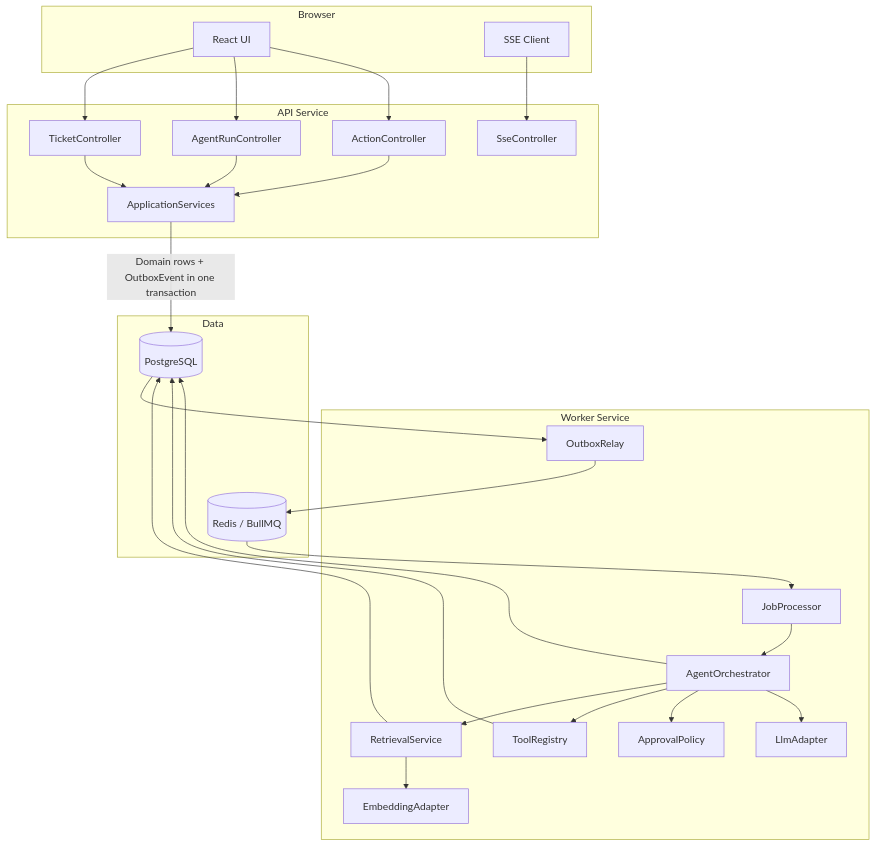
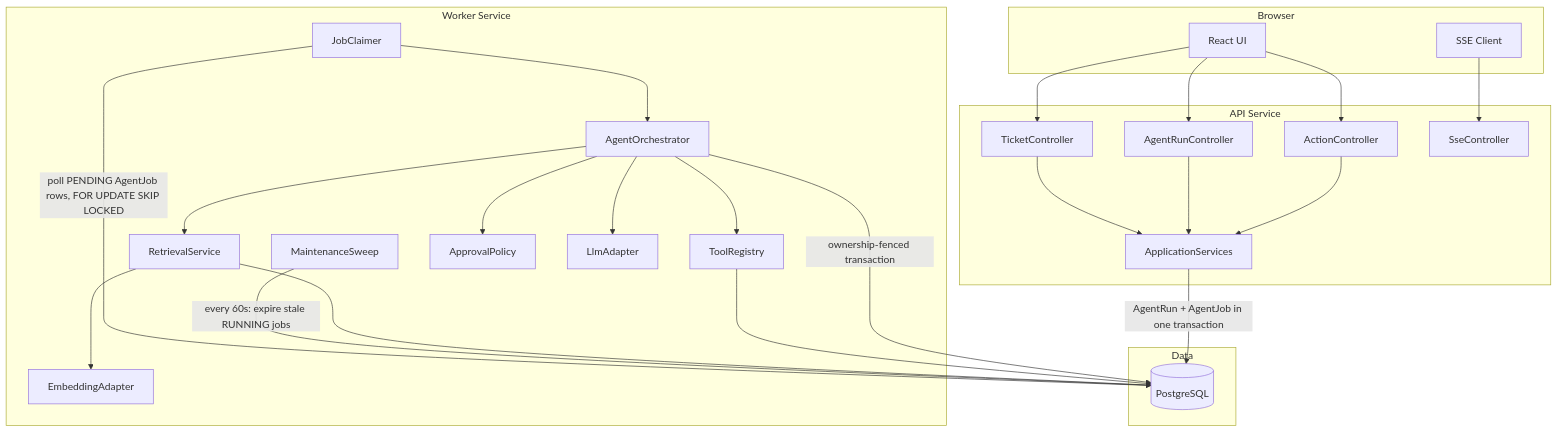
Before and after one commit to wye-ts/opspilot: the second of 10 diagrams in docs/03-technical-design.md, drawn with Mermaid. The commit also changed other lines of this file and 4 other files, not shown here.

````diff
--- a/docs/03-technical-design.md
+++ b/docs/03-technical-design.md
@@ -190,54 +188,52 @@
 ```mermaid
 flowchart TB
     subgraph Browser
         UI[React UI]
         EventSource[SSE Client]
     end
 
     subgraph APIService[API Service]
         TicketController
         AgentRunController
         ActionController
         SseController
         ApplicationServices
     end
 
     subgraph WorkerService[Worker Service]
-        OutboxRelay
-        JobProcessor
+        JobClaimer
+        MaintenanceSweep
         AgentOrchestrator
         RetrievalService
         ToolRegistry
         ApprovalPolicy
         LlmAdapter
         EmbeddingAdapter
     end
 
     subgraph Data
         Postgres[(PostgreSQL)]
-        Redis[(Redis / BullMQ)]
     end
 
     UI --> TicketController
     UI --> AgentRunController
     UI --> ActionController
     EventSource --> SseController
 
     TicketController --> ApplicationServices
     AgentRunController --> ApplicationServices
     ActionController --> ApplicationServices
-    ApplicationServices -->|Domain rows + OutboxEvent in one transaction| Postgres
+    ApplicationServices -->|AgentRun + AgentJob in one transaction| Postgres
 
-    Postgres --> OutboxRelay
-    OutboxRelay --> Redis
-    Redis --> JobProcessor
-    JobProcessor --> AgentOrchestrator
+    JobClaimer -->|poll PENDING AgentJob rows, FOR UPDATE SKIP LOCKED| Postgres
+    JobClaimer --> AgentOrchestrator
+    MaintenanceSweep -->|every 60s: expire stale RUNNING jobs| Postgres
     AgentOrchestrator --> RetrievalService
     AgentOrchestrator --> ToolRegistry
     AgentOrchestrator --> ApprovalPolicy
     AgentOrchestrator --> LlmAdapter
     RetrievalService --> EmbeddingAdapter
     RetrievalService --> Postgres
     ToolRegistry --> Postgres
-    AgentOrchestrator --> Postgres
+    AgentOrchestrator -->|ownership-fenced transaction| Postgres
 ```
````
